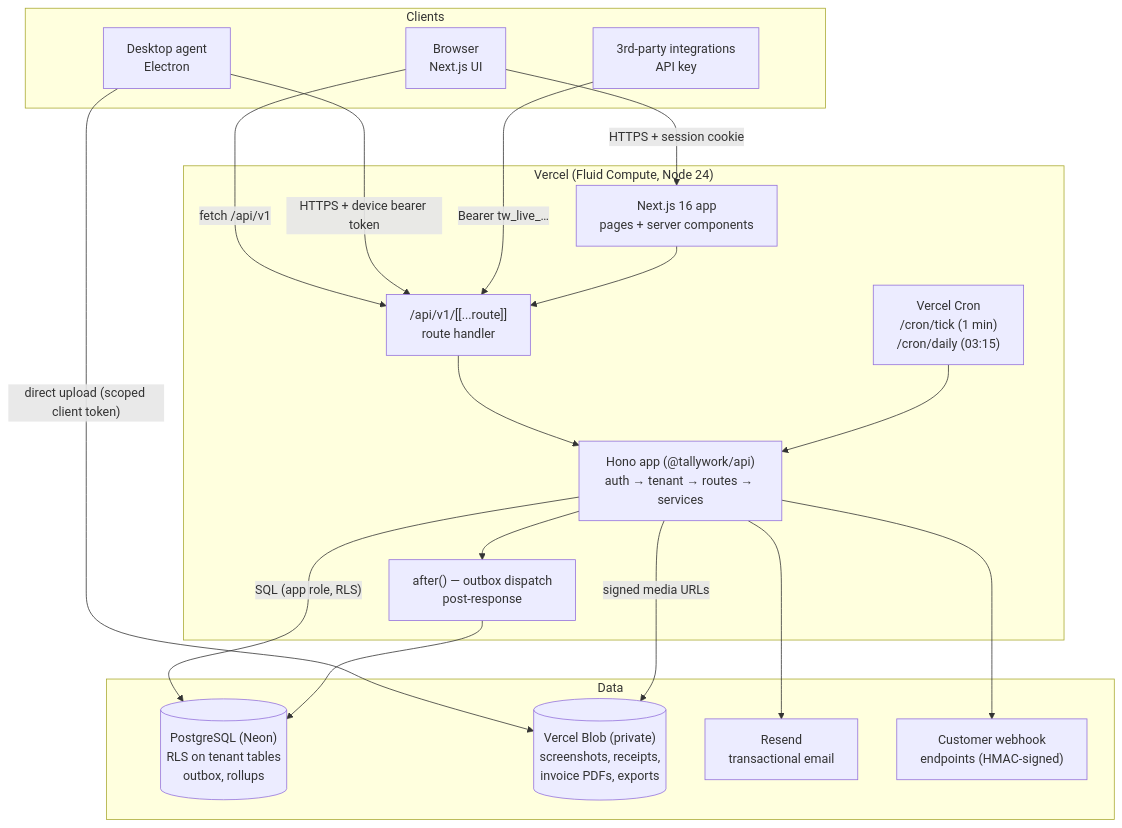
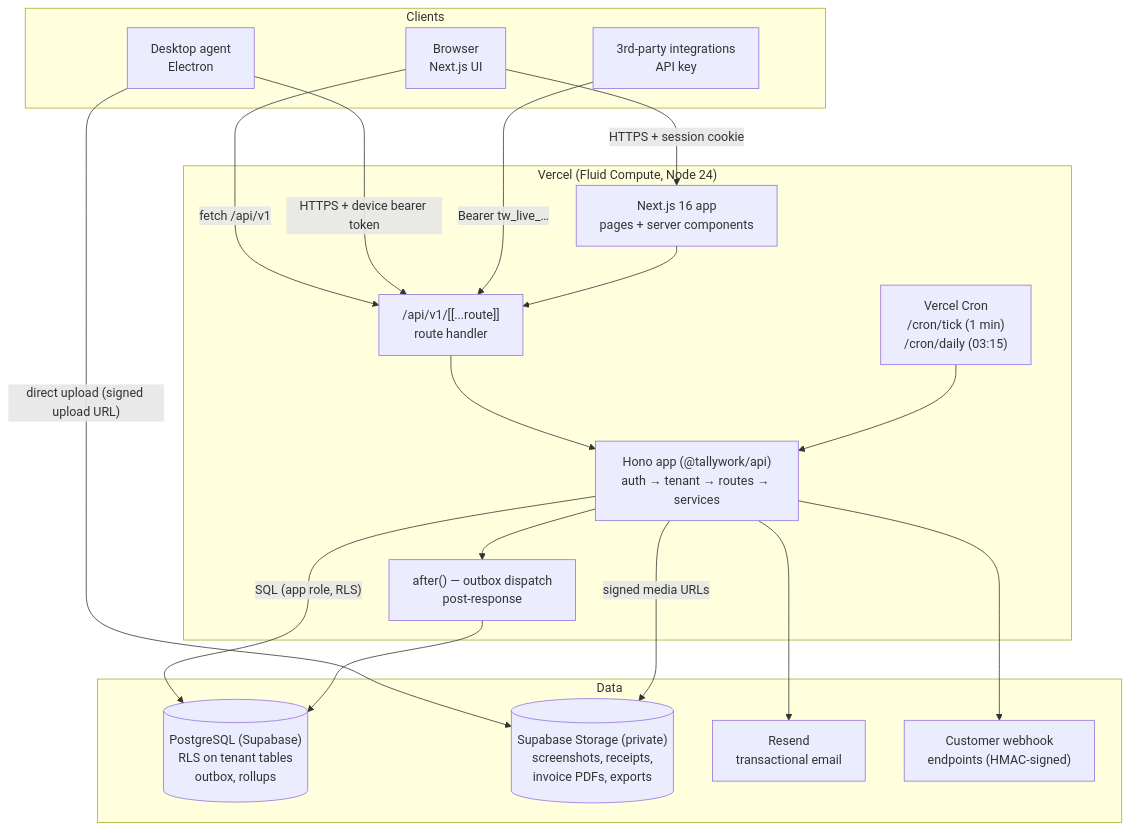
The second of 11 diagrams in README.md (marketingcad/WorkPulse), drawn with Mermaid before and after one commit. The commit also changed other lines of this file and 10 other files, not shown here.

First line of the commit message:
Move database and file storage to Supabase (Revision 2)

````diff
--- a/README.md
+++ b/README.md
@@ -124,38 +124,38 @@
 ```mermaid
 flowchart TB
   subgraph Clients
     browser["Browser<br/>Next.js UI"]
     agent["Desktop agent<br/>Electron"]
     third["3rd-party integrations<br/>API key"]
   end
 
   subgraph Vercel["Vercel (Fluid Compute, Node 24)"]
     next["Next.js 16 app<br/>pages + server components"]
     route["/api/v1/[[...route]]<br/>route handler"]
     hono["Hono app (@tallywork/api)<br/>auth → tenant → routes → services"]
     after["after() — outbox dispatch<br/>post-response"]
     cron["Vercel Cron<br/>/cron/tick (1 min)<br/>/cron/daily (03:15)"]
   end
 
   subgraph Data
-    pg[("PostgreSQL (Neon)<br/>RLS on tenant tables<br/>outbox, rollups")]
-    blob[("Vercel Blob (private)<br/>screenshots, receipts,<br/>invoice PDFs, exports")]
+    pg[("PostgreSQL (Supabase)<br/>RLS on tenant tables<br/>outbox, rollups")]
+    blob[("Supabase Storage (private)<br/>screenshots, receipts,<br/>invoice PDFs, exports")]
     mail["Resend<br/>transactional email"]
     hooks["Customer webhook<br/>endpoints (HMAC-signed)"]
   end
 
   browser -- "HTTPS + session cookie" --> next
   browser -- "fetch /api/v1" --> route
   agent -- "HTTPS + device bearer token" --> route
-  agent -- "direct upload (scoped client token)" --> blob
+  agent -- "direct upload (signed upload URL)" --> blob
   third -- "Bearer tw_live_…" --> route
   next --> route
   route --> hono
   hono -- "SQL (app role, RLS)" --> pg
   hono -- "signed media URLs" --> blob
   hono --> after
   cron --> hono
   after --> pg
   hono --> mail
   hono --> hooks
 ```
````
